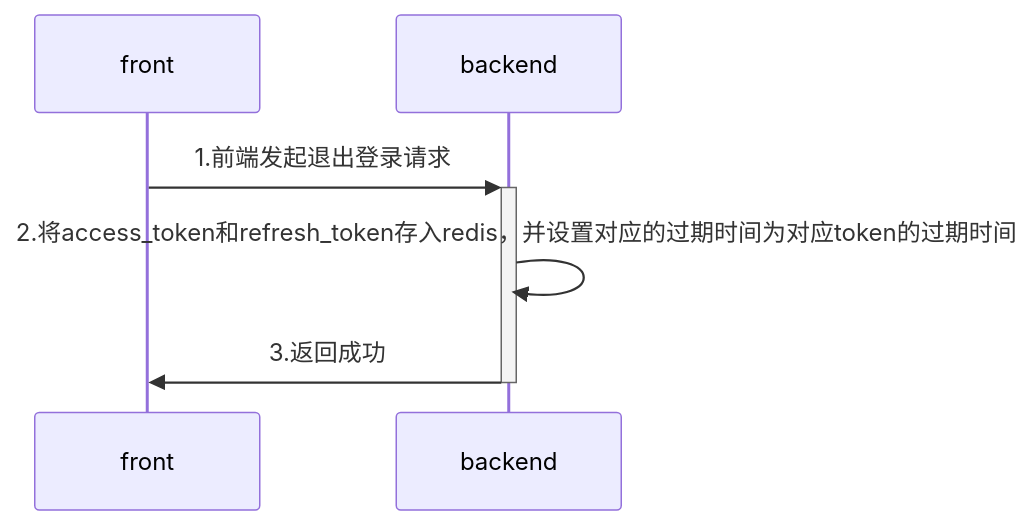
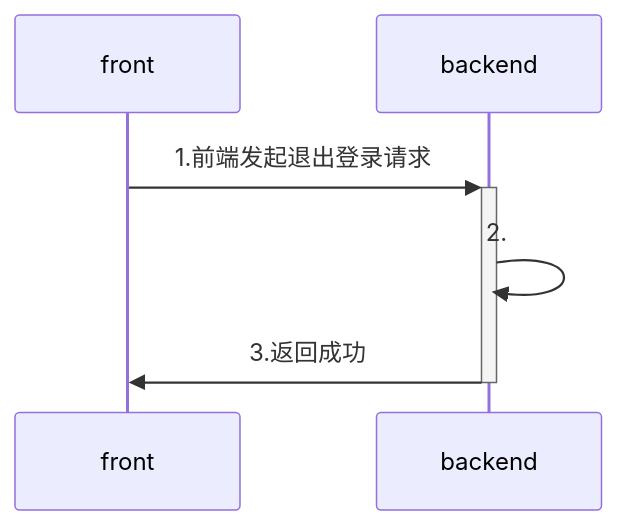
Before and after one commit to yingjianzh/iodraw-files: the diagram in all/未命名-4.md, drawn with Mermaid.

Commit message:
2024-08-05 11:21:09 update

````diff
--- a/all/未命名-4.md
+++ b/all/未命名-4.md
@@ -1,7 +1,7 @@
 ```mermaid
 sequenceDiagram
     front->>+backend: 1.前端发起退出登录请求
-    backend->>backend: 2.将access_token和refresh_token存入redis，并设置对应的过期时间为对应token的过期时间
+    backend->>backend: 2.
     backend->>-front: 3.返回成功
    
 ```
````
